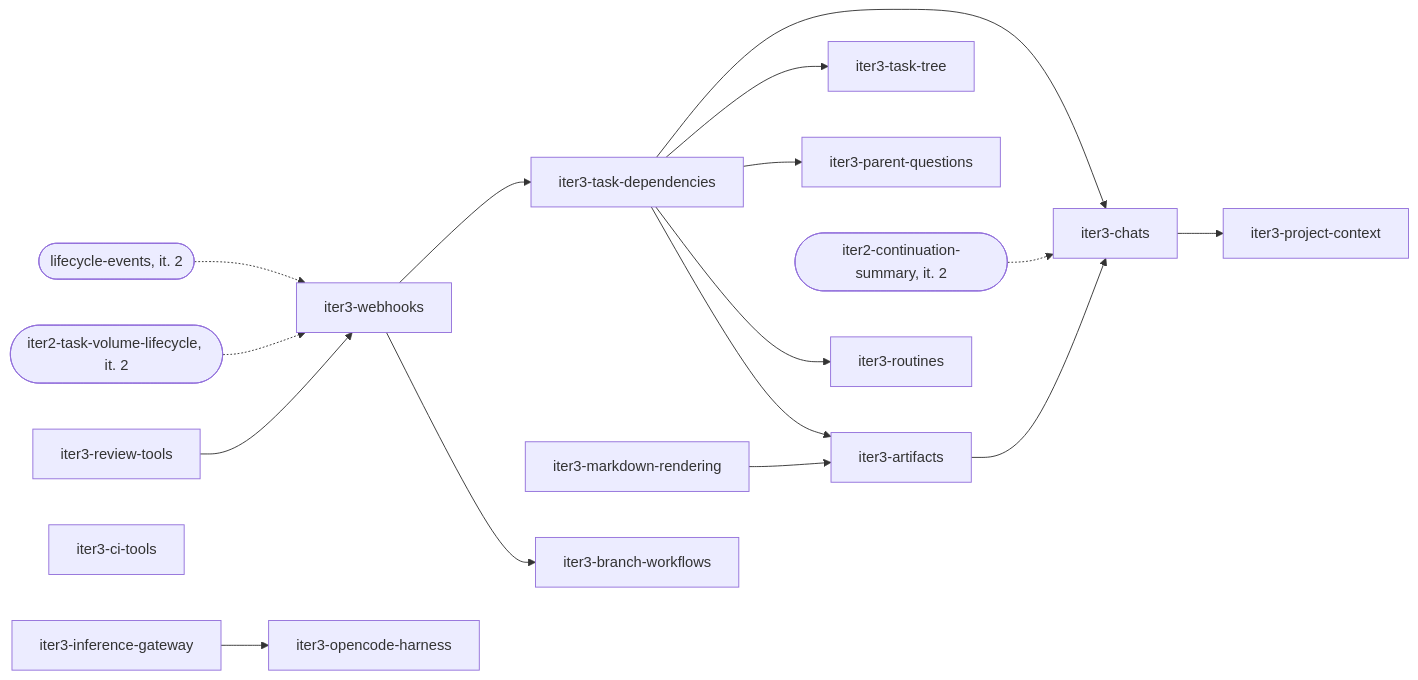
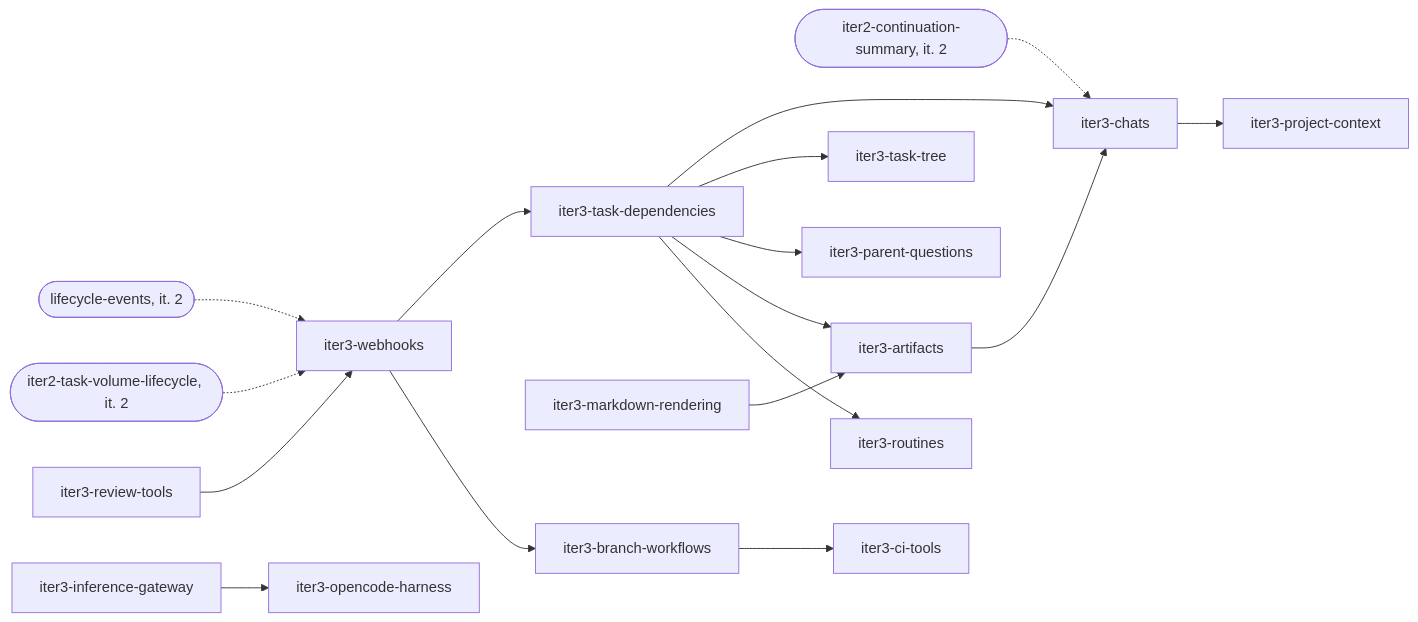
Before and after one commit to prskr/dark-factory: the diagram in product/iterations/iteration-3.md, drawn with Mermaid. The commit also changed other lines of this file and 17 other files, not shown here.

````diff
--- a/product/iterations/iteration-3.md
+++ b/product/iterations/iteration-3.md
@@ -35,19 +35,19 @@
 ```mermaid
 flowchart LR
   LE([lifecycle-events, it. 2]) -.-> WH
   TV([iter2-task-volume-lifecycle, it. 2]) -.-> WH
   RT[iter3-review-tools] --> WH[iter3-webhooks]
   WH --> TD[iter3-task-dependencies]
   TD --> CH[iter3-chats]
   CS([iter2-continuation-summary, it. 2]) -.-> CH
   CH --> PC[iter3-project-context]
   TD --> TT[iter3-task-tree]
   TD --> PQ[iter3-parent-questions]
   TD --> AR[iter3-artifacts]
   AR --> CH
   MR[iter3-markdown-rendering] --> AR
   WH --> BW[iter3-branch-workflows]
-  CI[iter3-ci-tools]
+  BW --> CI[iter3-ci-tools]
   TD --> RO[iter3-routines]
   IG[iter3-inference-gateway] --> OC[iter3-opencode-harness]
 ```
````
